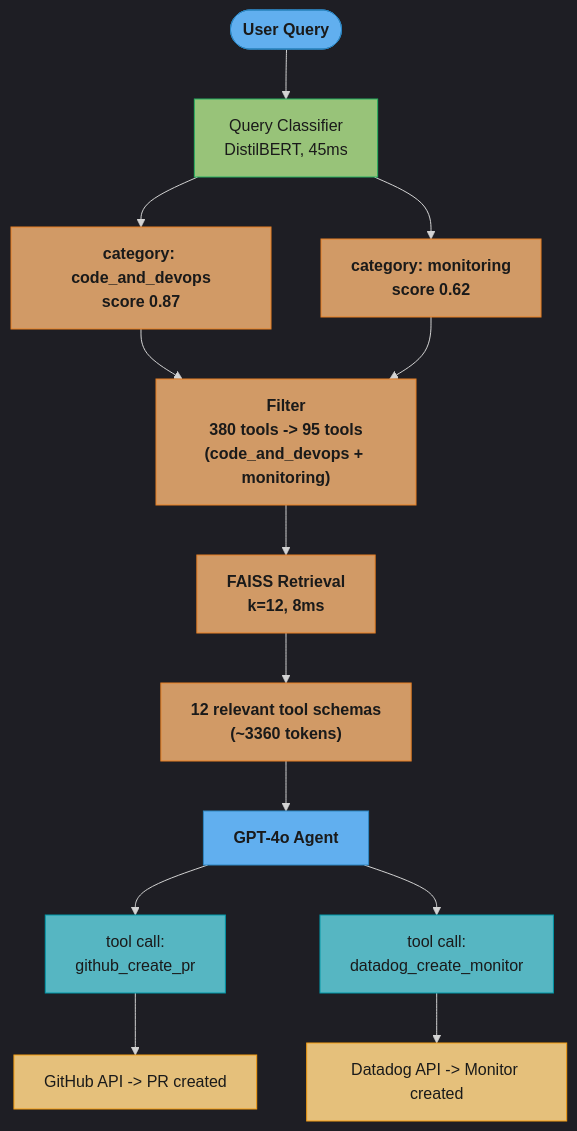
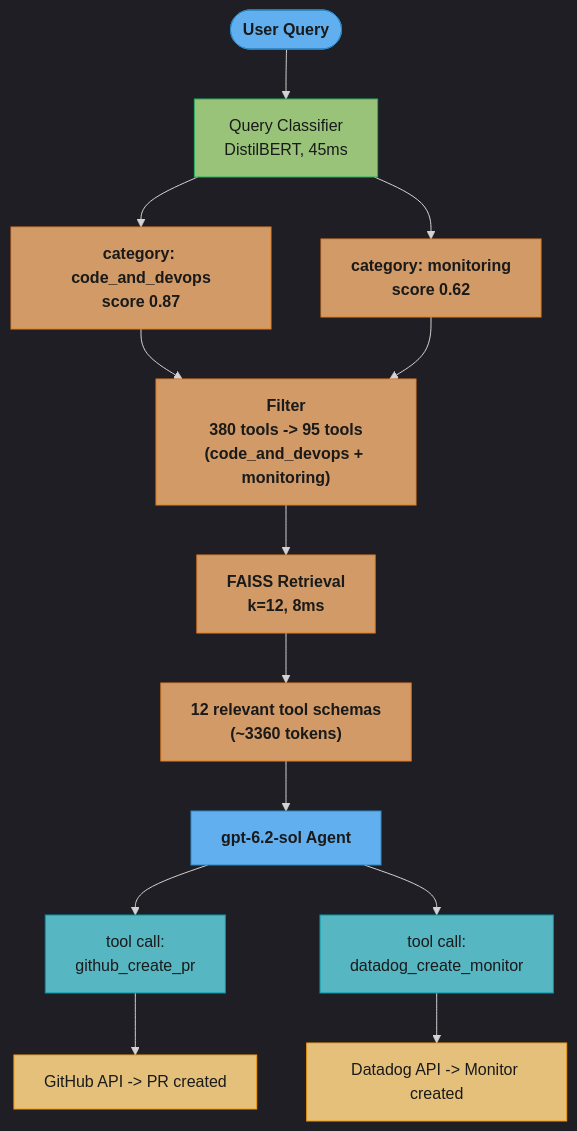
One commit to rppol/system-design changed the fifth of 5 diagrams in src/main/java/com/rutik/systemdesign/llm/agents_and_tool_use/tool_selection_at_scale.md. Above: the diagram before and after it, drawn with Mermaid. The commit also changed other lines of this file and 70 other files, not shown here.

````diff
--- a/src/main/java/com/rutik/systemdesign/llm/agents_and_tool_use/tool_selection_at_scale.md
+++ b/src/main/java/com/rutik/systemdesign/llm/agents_and_tool_use/tool_selection_at_scale.md
@@ -1127,30 +1127,30 @@
 ```mermaid
 %%{init: {'flowchart': {'curve': 'basis'}, 'theme': 'dark'}}%%
 flowchart TD
     classDef io      fill:#61afef,stroke:#2e86c1,color:#1a1a1a,font-weight:bold
     classDef frozen  fill:#c678dd,stroke:#9b59b6,color:#fff
     classDef train   fill:#98c379,stroke:#27ae60,color:#1a1a1a
     classDef mathOp  fill:#d19a66,stroke:#e67e22,color:#1a1a1a,font-weight:bold
     classDef lossN   fill:#e06c75,stroke:#c0392b,color:#fff,font-weight:bold
     classDef req     fill:#56b6c2,stroke:#0097a7,color:#1a1a1a
     classDef base    fill:#e5c07b,stroke:#f39c12,color:#1a1a1a
 
     Query([User Query]) --> Classifier["Query Classifier<br/>DistilBERT, 45ms"]
     Classifier --> CatDevOps["category: code_and_devops<br/>score 0.87"]
     Classifier --> CatMonitoring["category: monitoring<br/>score 0.62"]
     CatDevOps --> Filter["Filter<br/>380 tools -> 95 tools<br/>(code_and_devops + monitoring)"]
     CatMonitoring --> Filter
     Filter --> Retrieve["FAISS Retrieval<br/>k=12, 8ms"]
     Retrieve --> Schemas["12 relevant tool schemas<br/>(~3360 tokens)"]
-    Schemas --> Agent["GPT-4o Agent"]
+    Schemas --> Agent["gpt-6.2-sol Agent"]
     Agent --> Call1["tool call:<br/>github_create_pr"]
     Agent --> Call2["tool call:<br/>datadog_create_monitor"]
     Call1 --> GH["GitHub API -> PR created"]
     Call2 --> DD["Datadog API -> Monitor created"]
 
     class Query,Agent io
     class Classifier train
     class CatDevOps,CatMonitoring,Filter,Retrieve,Schemas mathOp
     class Call1,Call2 req
     class GH,DD base
 ```
````
